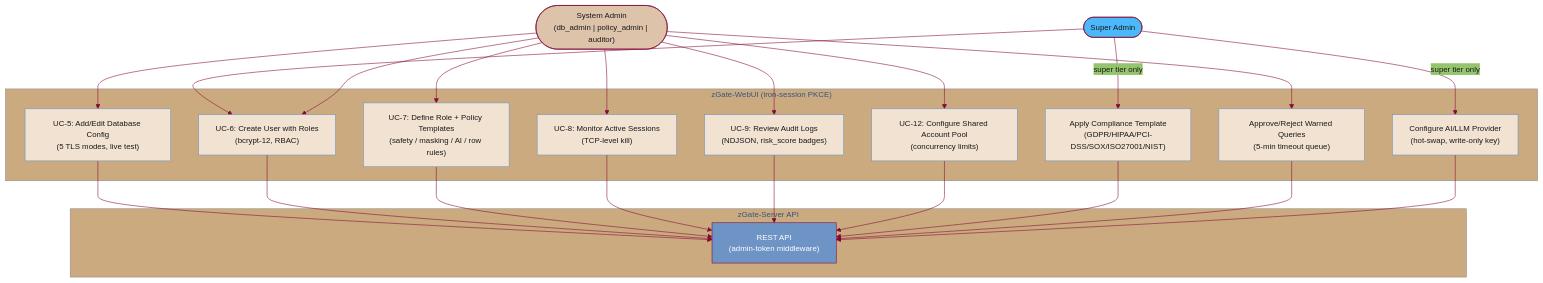
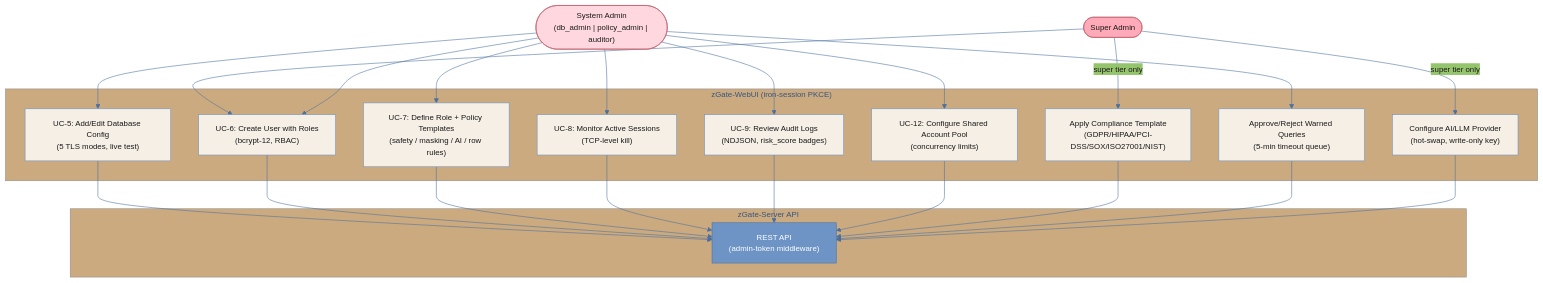
The diagram in diagrams/fig4_3_admin.mmd (lll-michael-lll/Graduation-Project-Documentation), drawn with Mermaid before and after one commit. The commit also changed 20 other files, not shown here.

First line of the commit message:
feat(docs): update diagram palettes, shrink figs 5.3+5.5, concise captions, fix TOC/LOF/LOT

```diff
--- a/diagrams/fig4_3_admin.mmd
+++ b/diagrams/fig4_3_admin.mmd
@@ -1,56 +1,56 @@
 %%{init: {
   "theme": "base",
   "themeVariables": {
     "primaryColor": "#6D94C5",
     "primaryTextColor": "#1a1a1a",
-    "primaryBorderColor": "#810B38",
-    "lineColor": "#810B38",
+    "primaryBorderColor": "#4a6fa0",
+    "lineColor": "#4a6fa0",
     "fontFamily": "Liberation Sans, Arial, sans-serif",
     "fontSize": "14px"
   }
 }}%%
 flowchart TD
-    classDef actor   fill:#DCC3AA,stroke:#810B38,color:#1a1a1a
-    classDef usecase fill:#F1E2D1,stroke:#6D94C5,color:#1a1a1a
-    classDef super   fill:#4BB8FA,stroke:#810B38,color:#1a1a1a
-    classDef server  fill:#6D94C5,stroke:#810B38,color:#fff
+    classDef actor   fill:#FFD8DF,stroke:#c0626e,color:#1a1a1a
+    classDef usecase fill:#F5EFE6,stroke:#6D94C5,color:#1a1a1a
+    classDef super   fill:#FFAAB8,stroke:#c0626e,color:#1a1a1a
+    classDef server  fill:#6D94C5,stroke:#4a6fa0,color:#fff
 
     SYS_ADMIN(["System Admin\n(db_admin | policy_admin | auditor)"]):::actor
     SUPER_ADMIN(["Super Admin"]):::super
 
     subgraph WEBUI ["zGate-WebUI (iron-session PKCE)"]
         UC5["UC-5: Add/Edit Database Config\n(5 TLS modes, live test)"]:::usecase
         UC6["UC-6: Create User with Roles\n(bcrypt-12, RBAC)"]:::usecase
         UC7["UC-7: Define Role + Policy Templates\n(safety / masking / AI / row rules)"]:::usecase
         UC8["UC-8: Monitor Active Sessions\n(TCP-level kill)"]:::usecase
         UC9["UC-9: Review Audit Logs\n(NDJSON, risk_score badges)"]:::usecase
         UC12["UC-12: Configure Shared Account Pool\n(concurrency limits)"]:::usecase
         UC_COMP["Apply Compliance Template\n(GDPR/HIPAA/PCI-DSS/SOX/ISO27001/NIST)"]:::usecase
         UC_WARN["Approve/Reject Warned Queries\n(5-min timeout queue)"]:::usecase
         UC_AI["Configure AI/LLM Provider\n(hot-swap, write-only key)"]:::usecase
     end
 
     subgraph SERVER ["zGate-Server API"]
         SRV["REST API\n(admin-token middleware)"]:::server
     end
 
     SUPER_ADMIN -->|"super tier only"| UC_COMP
     SUPER_ADMIN -->|"super tier only"| UC_AI
     SUPER_ADMIN --> UC6
     SYS_ADMIN --> UC5
     SYS_ADMIN --> UC6
     SYS_ADMIN --> UC7
     SYS_ADMIN --> UC8
     SYS_ADMIN --> UC9
     SYS_ADMIN --> UC12
     SYS_ADMIN --> UC_WARN
 
     UC5 --> SRV
     UC6 --> SRV
     UC7 --> SRV
     UC8 --> SRV
     UC9 --> SRV
     UC12 --> SRV
     UC_COMP --> SRV
     UC_WARN --> SRV
     UC_AI --> SRV
```
